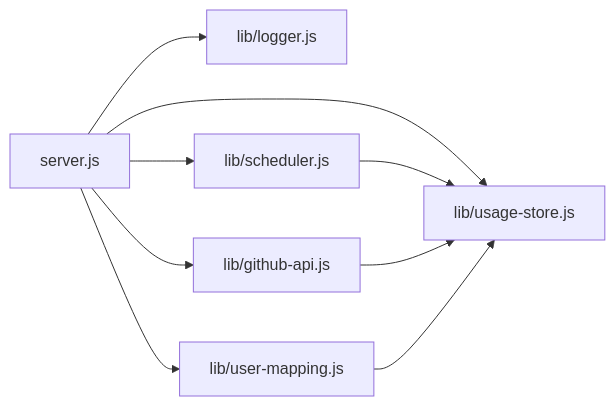
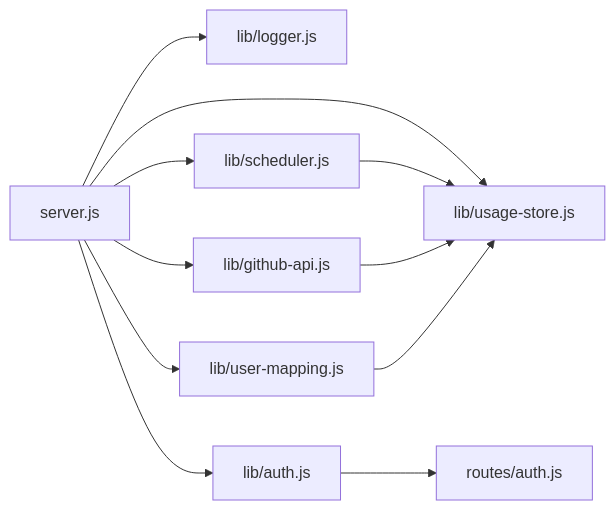
One commit to kissingwolf/CopilotEnterpriseUsageDisplay changed the sixth of 6 diagrams in .qoder/repowiki/zh/content/部署与运维/部署与运维.md. Above: the diagram before and after it, drawn with Mermaid. The commit also changed other lines of this file and 9 other files, not shown here.

````diff
--- a/.qoder/repowiki/zh/content/部署与运维/部署与运维.md
+++ b/.qoder/repowiki/zh/content/部署与运维/部署与运维.md
@@ -301,11 +345,13 @@
 ```mermaid
 graph LR
 Server["server.js"] --> Logger["lib/logger.js"]
 Server --> Scheduler["lib/scheduler.js"]
 Server --> GHAPI["lib/github-api.js"]
 Server --> Store["lib/usage-store.js"]
 Server --> UserMapping["lib/user-mapping.js"]
+Server --> Auth["lib/auth.js"]
+Auth --> RoutesAuth["routes/auth.js"]
 Scheduler --> Store
 GHAPI --> Store
 UserMapping --> Store
 ```
````
